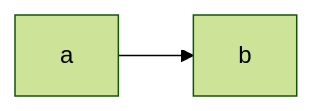
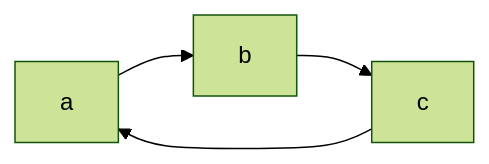
The diagram in README.md (norm-ideal/mdtest), drawn with Mermaid (forest theme) before and after one commit.

````diff
--- a/README.md
+++ b/README.md
@@ -3,4 +3,5 @@
 ```mermaid
 flowchart LR
-a --> b
+a --> b --> c
+c --> a
 ```
````
